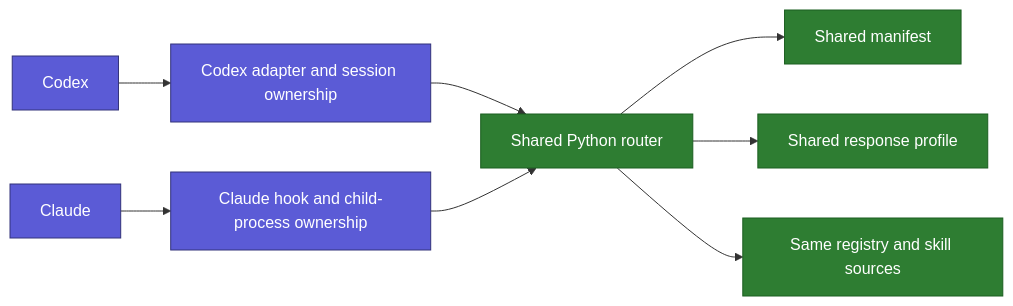
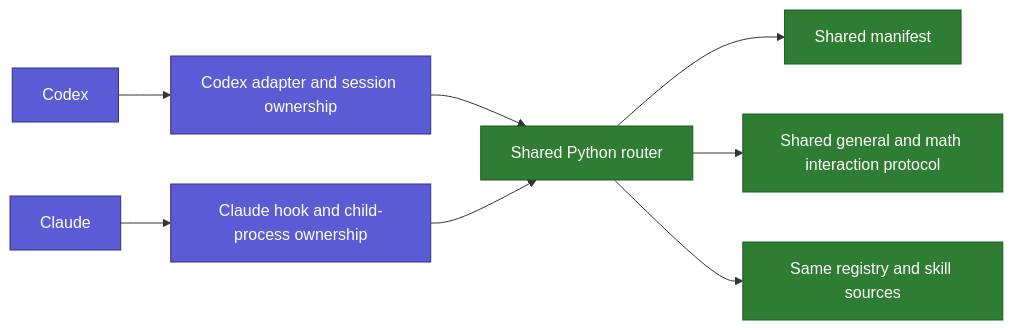
Before and after one commit to geekybobz/skills_ai: the second of 2 diagrams in docs/human/02_FOLDER_AND_PLATFORMS.md, drawn with Mermaid. The commit also changed other lines of this file and 199 other files, not shown here.

````diff
--- a/docs/human/02_FOLDER_AND_PLATFORMS.md
+++ b/docs/human/02_FOLDER_AND_PLATFORMS.md
@@ -39,15 +40,15 @@
 ```mermaid
 flowchart LR
     C["Codex"] --> CA["Codex adapter and session ownership"]
     H["Claude"] --> HA["Claude hook and child-process ownership"]
     CA --> CORE["Shared Python router"]
     HA --> CORE
     CORE --> MAN["Shared manifest"]
-    CORE --> PROFILE["Shared response profile"]
+    CORE --> PROFILE["Shared general and math interaction protocol"]
     CORE --> SOURCES["Same registry and skill sources"]
 
     classDef host fill:#5B5BD6,color:#fff,stroke:#32327A
     classDef shared fill:#2E7D32,color:#fff,stroke:#1B5E20
     class C,H,CA,HA host
     class CORE,MAN,PROFILE,SOURCES shared
 ```
````
